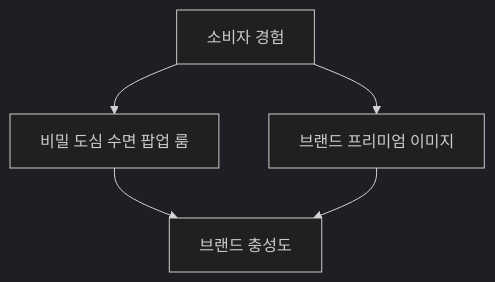
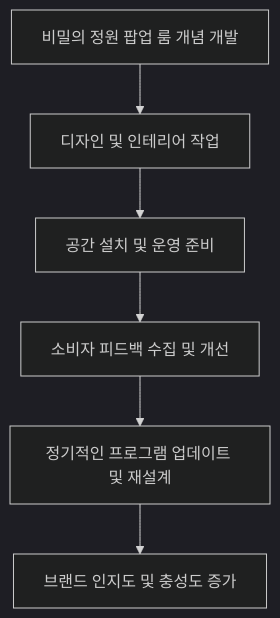
Before and after one commit to meandfree23/cd_planner: the third of 4 diagrams in reports/칠아웃_하이엔드_스파_메타포_시뮬레이션.md, drawn with Mermaid (dark theme). The commit also changed other lines of this file and 3 other files, not shown here.

````diff
--- a/reports/칠아웃_하이엔드_스파_메타포_시뮬레이션.md
+++ b/reports/칠아웃_하이엔드_스파_메타포_시뮬레이션.md
@@ -195,7 +214,8 @@
 ```mermaid
 graph TD;
-    A[소비자 경험] --> B[비밀 도심 수면 팝업 룸]
-    A --> C[브랜드 프리미엄 이미지]
-    B --> D[브랜드 충성도]
-    C --> D
+    A[비밀의 정원 팝업 룸 개념 개발] --> B[디자인 및 인테리어 작업];
+    B --> C[공간 설치 및 운영 준비];
+    C --> D[소비자 피드백 수집 및 개선];
+    D --> E[정기적인 프로그램 업데이트 및 재설계];
+    E --> F[브랜드 인지도 및 충성도 증가];
 ```
````
